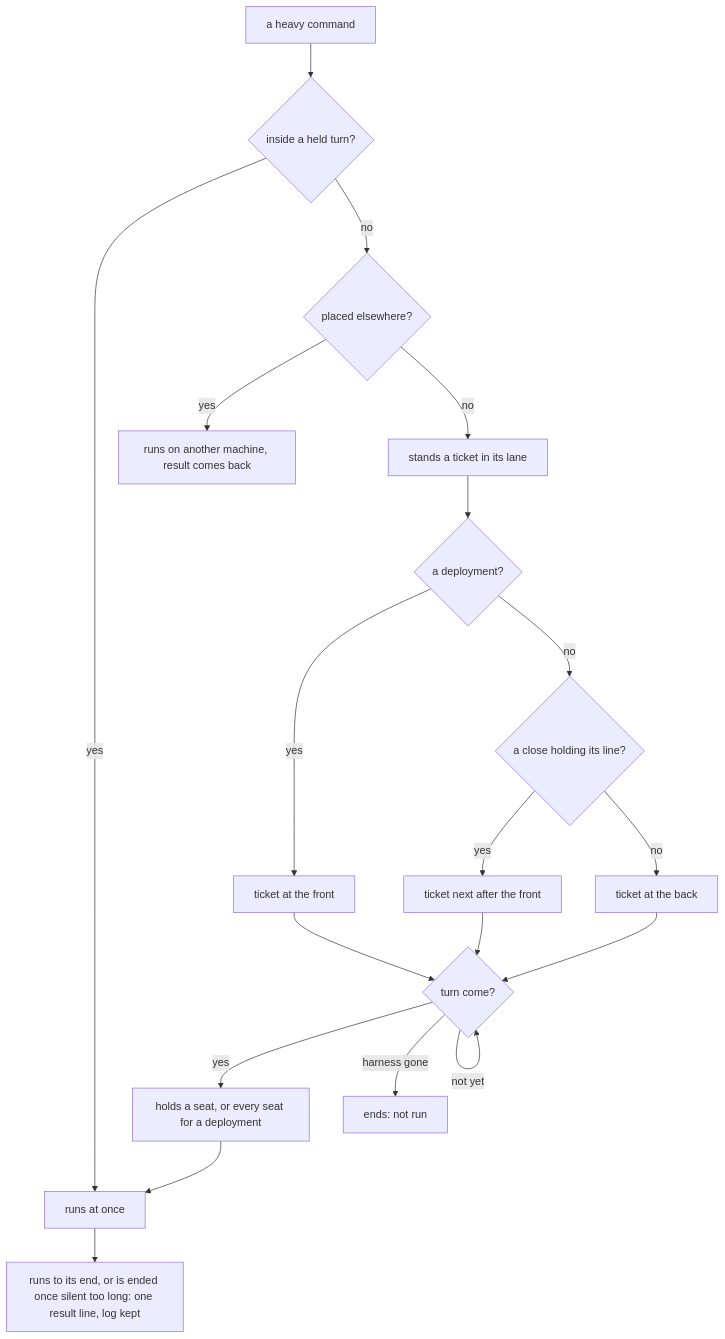
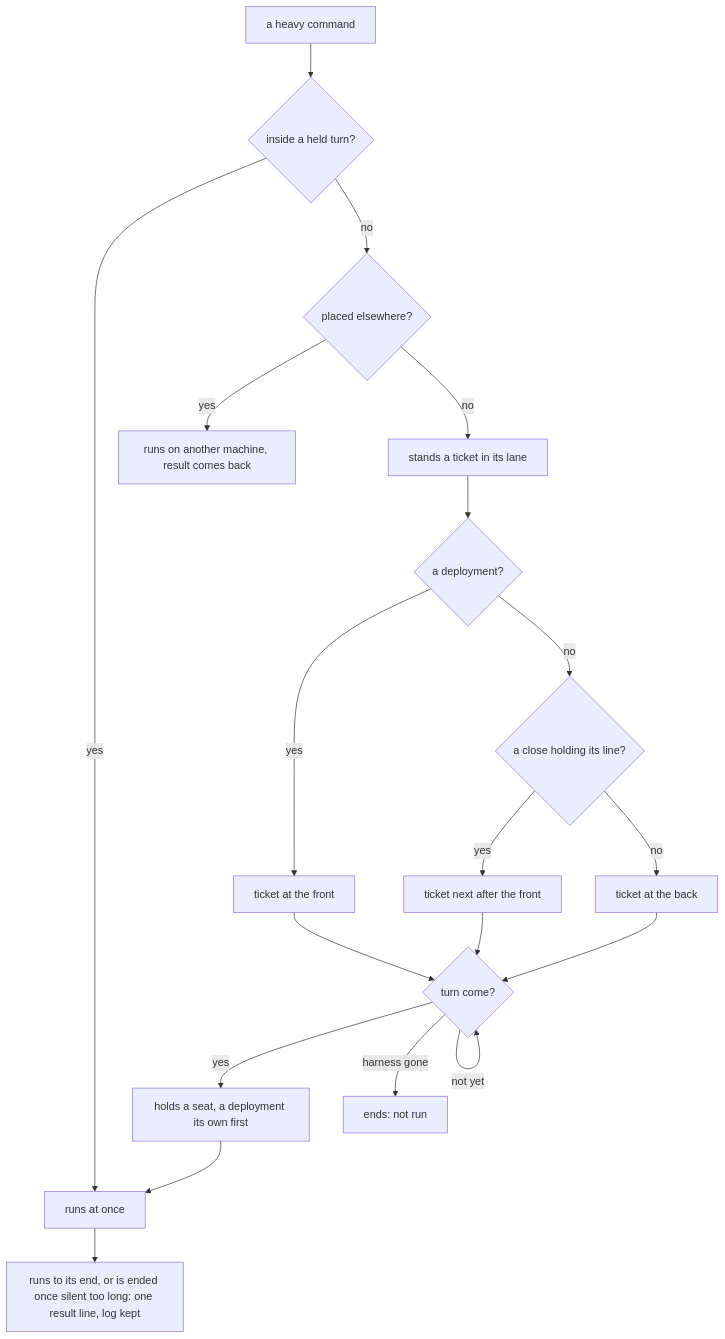
One commit to ahas/bmo-testbed changed the diagram in docs/testbed.md. Above: the diagram before and after it, drawn with Mermaid. The commit also changed other lines of this file and 27 other files, not shown here.

````diff
--- a/docs/testbed.md
+++ b/docs/testbed.md
@@ -25,21 +27,21 @@
 ```mermaid
 flowchart TD
   A[a heavy command] --> B{inside a held turn?}
   B -- yes --> R[runs at once]
   B -- no --> P{placed elsewhere?}
   P -- yes --> E[runs on another machine, result comes back]
   P -- no --> Q[stands a ticket in its lane]
   Q --> F{a deployment?}
   F -- yes --> FT[ticket at the front]
   F -- no --> N{a close holding its line?}
   N -- yes --> NT[ticket next after the front]
   N -- no --> OT[ticket at the back]
   FT --> W{turn come?}
   NT --> W
   OT --> W
-  W -- yes --> H[holds a seat, or every seat for a deployment]
+  W -- yes --> H[holds a seat, a deployment its own first]
   H --> R
   W -- harness gone --> K[ends: not run]
   W -- not yet --> W
   R --> V[runs to its end, or is ended once silent too long: one result line, log kept]
 ```
````
